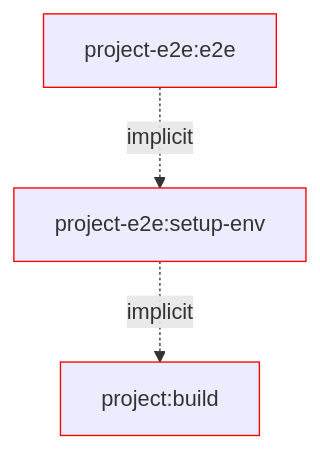
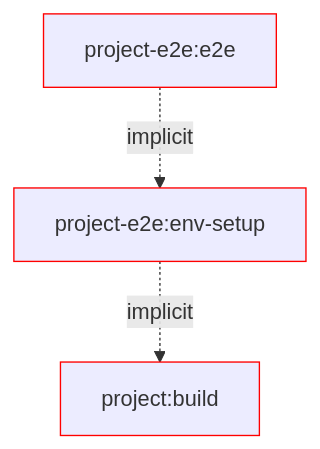
Before and after one commit to push-based/nx-verdaccio: the first of 3 diagrams in README.md, drawn with Mermaid. The commit also changed other lines of this file, not shown here.

````diff
--- a/README.md
+++ b/README.md
@@ -269,8 +269,8 @@
 ```mermaid
 flowchart TB
-P[project-e2e:e2e]:::e2e-.implicit.->S[project-e2e:setup-env]:::build;
+P[project-e2e:e2e]:::e2e-.implicit.->S[project-e2e:env-setup]:::build;
 S-.implicit.->E[project:build]:::build;
 classDef e2e stroke:#f00
-classDef setup-env stroke:#f00
+classDef env-setup stroke:#f00
 classDef build stroke:#f00
 ```
````
